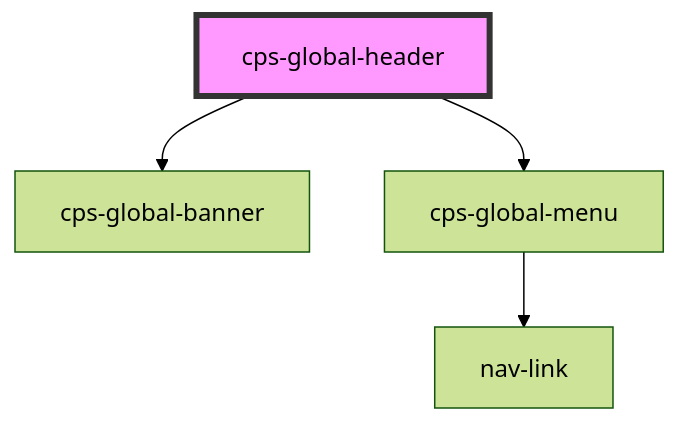
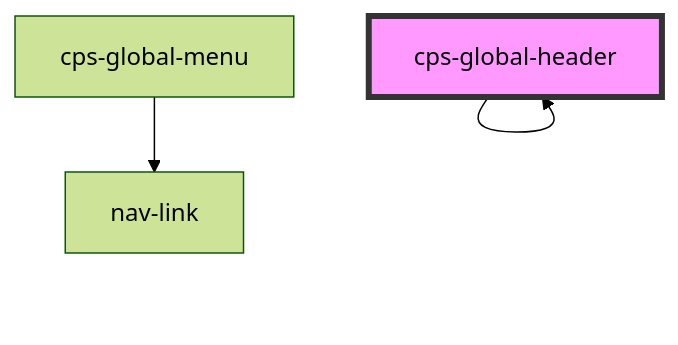
Before and after one commit to CPS-Innovation/global-components: the diagram in packages/cps-global-components/src/components/cps-global-header/readme.md, drawn with Mermaid (forest theme). The commit also changed other lines of this file and 55 other files, not shown here.

````diff
--- a/packages/cps-global-components/src/components/cps-global-header/readme.md
+++ b/packages/cps-global-components/src/components/cps-global-header/readme.md
@@ -16,7 +28,6 @@
 ```mermaid
 graph TD;
-  cps-global-header --> cps-global-banner
-  cps-global-header --> cps-global-menu
+  cps-global-header --> cps-global-header
   cps-global-menu --> nav-link
   style cps-global-header fill:#f9f,stroke:#333,stroke-width:4px
 ```
````
